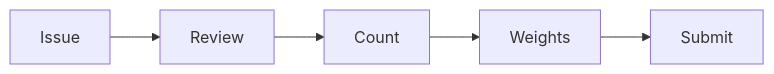
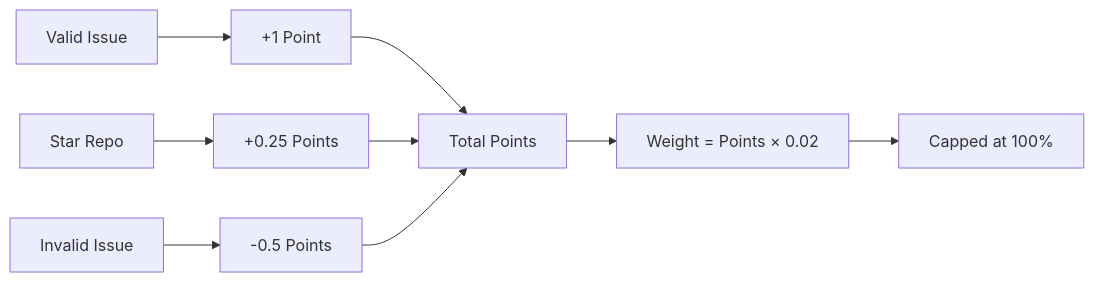
The diagram in docs/reference/scoring.md (PlatformNetwork/bounty-challenge), drawn with Mermaid before and after one commit. The commit also changed other lines of this file and 27 other files, not shown here.

````diff
--- a/docs/reference/scoring.md
+++ b/docs/reference/scoring.md
@@ -323,4 +256,11 @@
 ```mermaid
 flowchart LR
-    A["Issue"] --> B["Review"] --> C["Count"] --> D["Weights"] --> E["Submit"]
+    A["Valid Issue"] --> B["+1 Point"]
+    C["Star Repo"] --> D["+0.25 Points"]
+    E["Invalid Issue"] --> F["-0.5 Points"]
+    B --> G["Total Points"]
+    D --> G
+    F --> G
+    G --> H["Weight = Points × 0.02"]
+    H --> I["Capped at 100%"]
 ```
````
